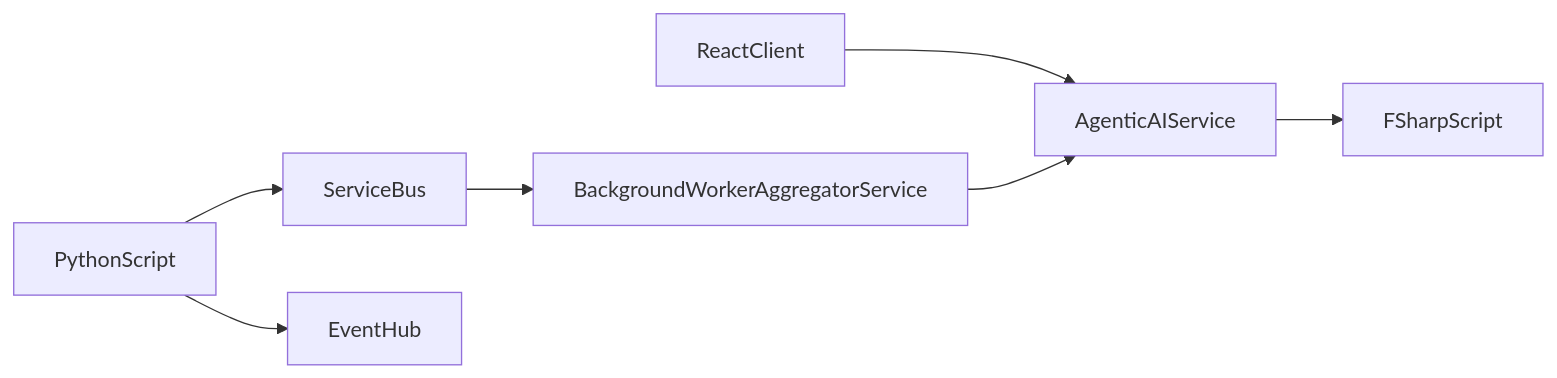
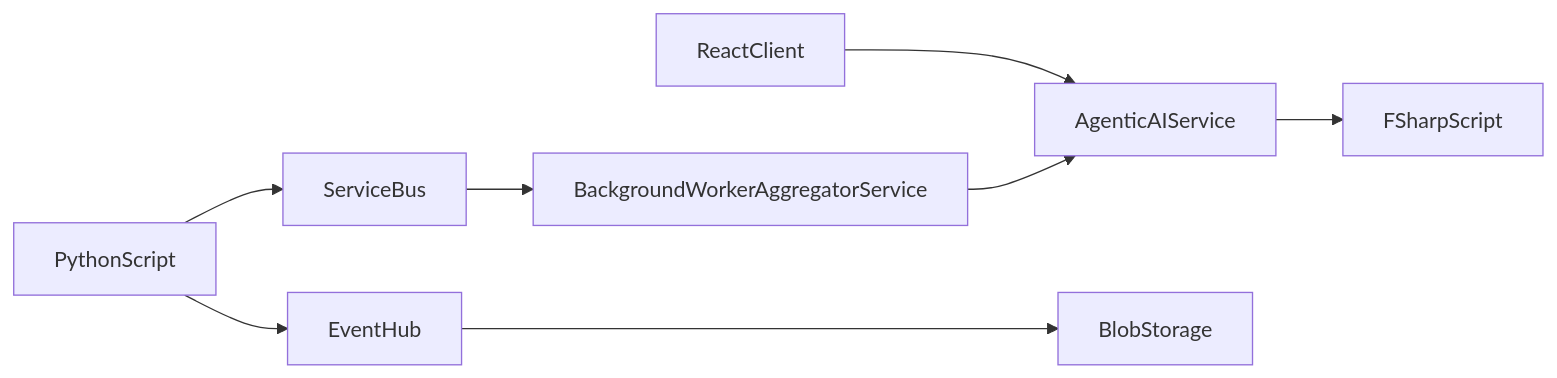
The diagram in README.md (regig4/RaspiFlow), drawn with Mermaid before and after one commit.

````diff
--- a/README.md
+++ b/README.md
@@ -18,9 +18,10 @@
 ```mermaid
 graph LR;
   PythonScript-->ServiceBus;
   PythonScript-->EventHub;
   ServiceBus-->BackgroundWorkerAggregatorService;
   ReactClient-->AgenticAIService;
   BackgroundWorkerAggregatorService-->AgenticAIService;
   AgenticAIService-->FSharpScript;
+  EventHub--->BlobStorage
 ```
````
